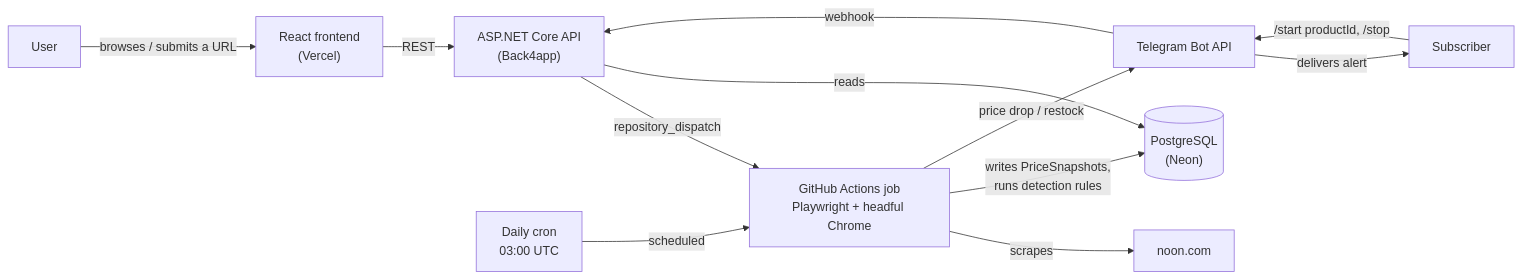
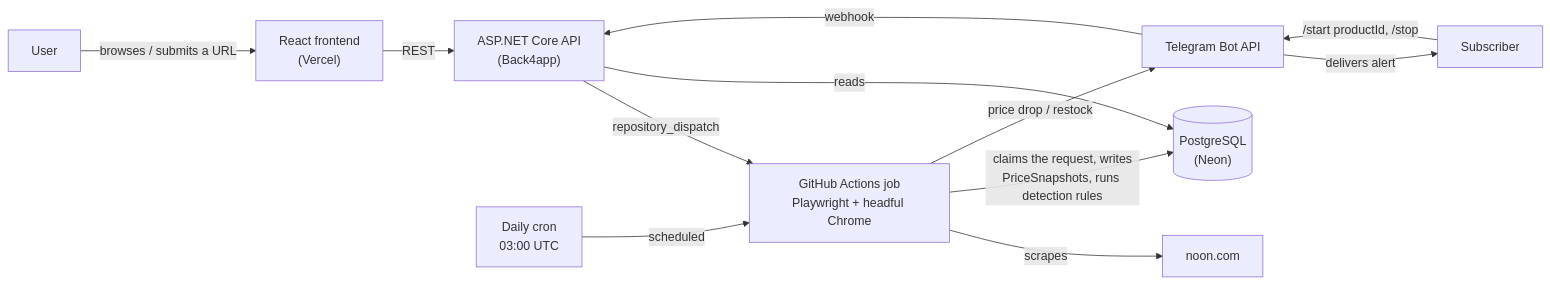
Before and after one commit to alieldeenahmed/Noon-Scraper: the first of 2 diagrams in README.md, drawn with Mermaid. The commit also changed other lines of this file and 126 other files, not shown here.

````diff
--- a/README.md
+++ b/README.md
@@ -69,14 +75,14 @@
 ```mermaid
 flowchart LR
     User -->|browses / submits a URL| FE["React frontend<br/>(Vercel)"]
     FE -->|REST| API["ASP.NET Core API<br/>(Back4app)"]
     API -->|repository_dispatch| GHA["GitHub Actions job<br/>Playwright + headful Chrome"]
     Cron["Daily cron<br/>03:00 UTC"] -->|scheduled| GHA
     GHA -->|scrapes| Noon[noon.com]
-    GHA -->|writes PriceSnapshots,<br/>runs detection rules| DB[("PostgreSQL<br/>(Neon)")]
+    GHA -->|claims the request, writes<br/>PriceSnapshots, runs detection rules| DB[("PostgreSQL<br/>(Neon)")]
     API -->|reads| DB
     GHA -->|price drop / restock| TG[Telegram Bot API]
     TG -->|delivers alert| Subscriber
     Subscriber -->|/start productId, /stop| TG
     TG -->|webhook| API
 ```
````
